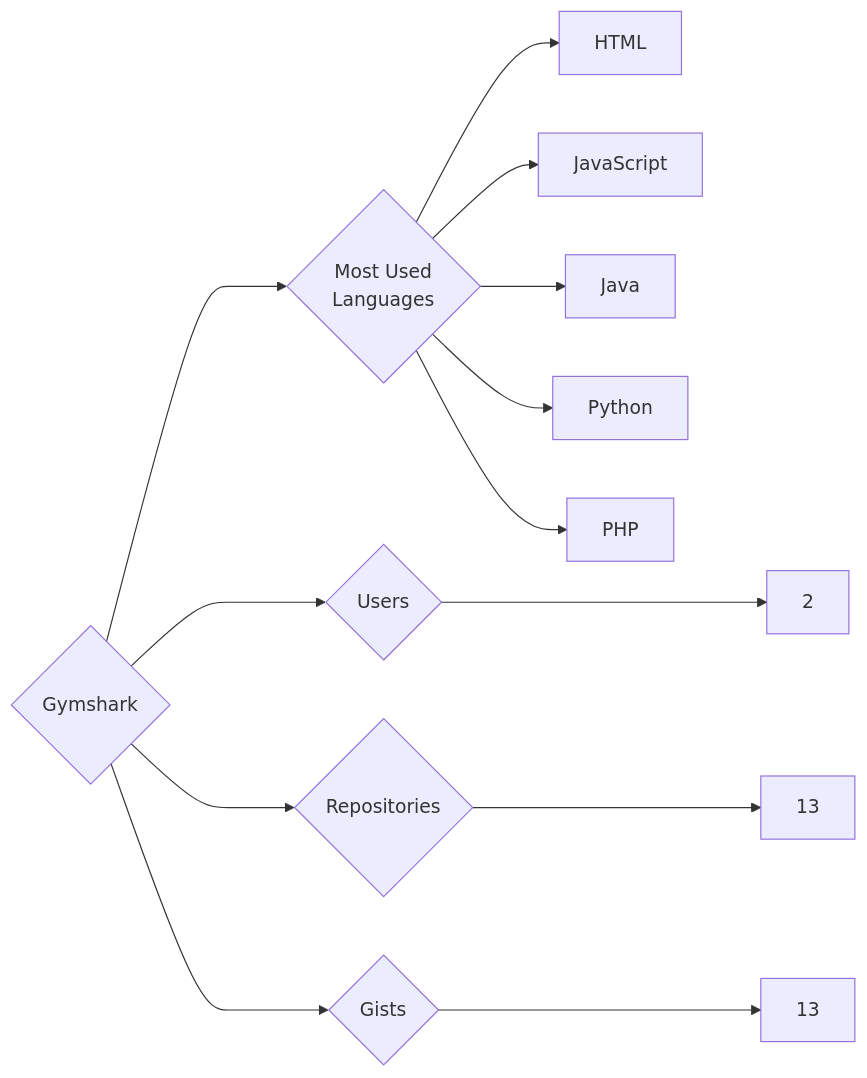
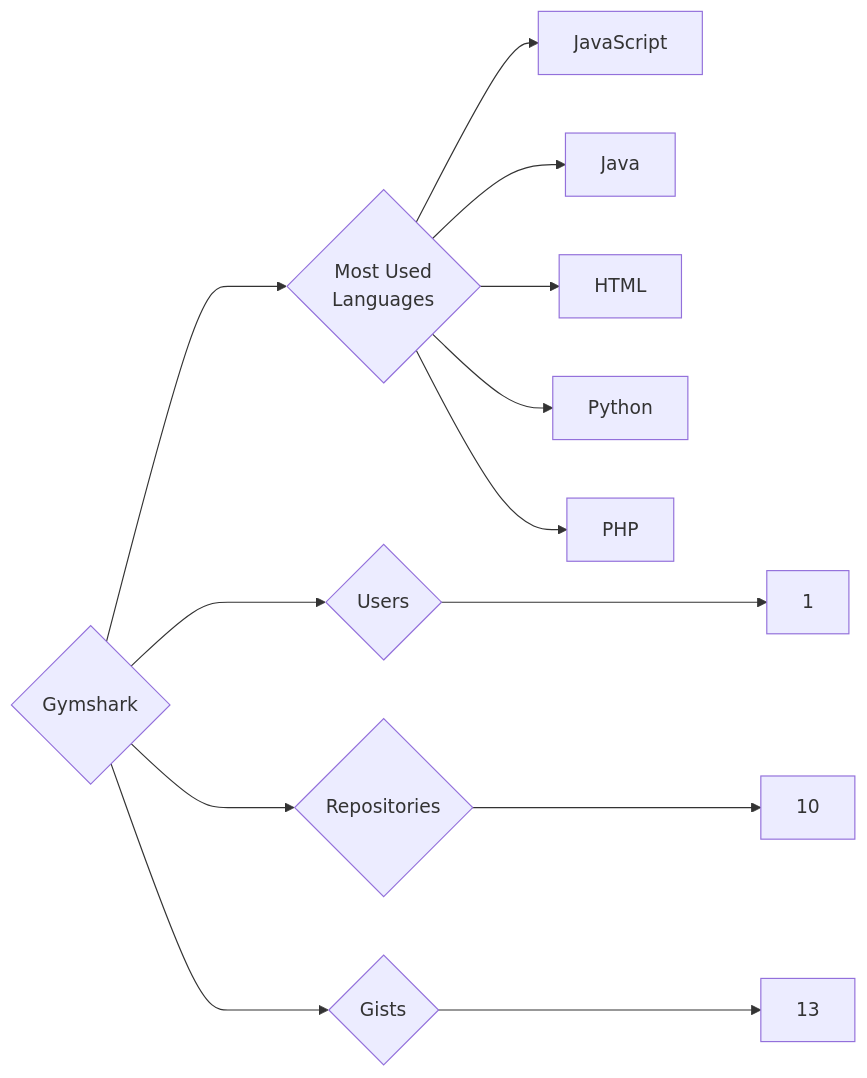
The diagram in targets/Gymshark/README.md (trickest/insiders), drawn with Mermaid before and after one commit. The commit also changed 1089 other files, not shown here.

````diff
--- a/targets/Gymshark/README.md
+++ b/targets/Gymshark/README.md
@@ -3,13 +3,13 @@
 ```mermaid
 graph LR
 COMPANY_NAME{Gymshark}
-COMPANY_NAME ---> U{Users} ---> UN[2]
-COMPANY_NAME ---> R{Repositories} ---> RN[13]
+COMPANY_NAME ---> U{Users} ---> UN[1]
+COMPANY_NAME ---> R{Repositories} ---> RN[10]
 COMPANY_NAME ---> G{Gists} ---> GN[13]
 COMPANY_NAME ---> ML{Most Used<br>Languages}
-ML --> HTML[HTML]
 ML --> JavaScript[JavaScript]
 ML --> Java[Java]
+ML --> HTML[HTML]
 ML --> Python[Python]
 ML --> PHP[PHP]
 ```
````
